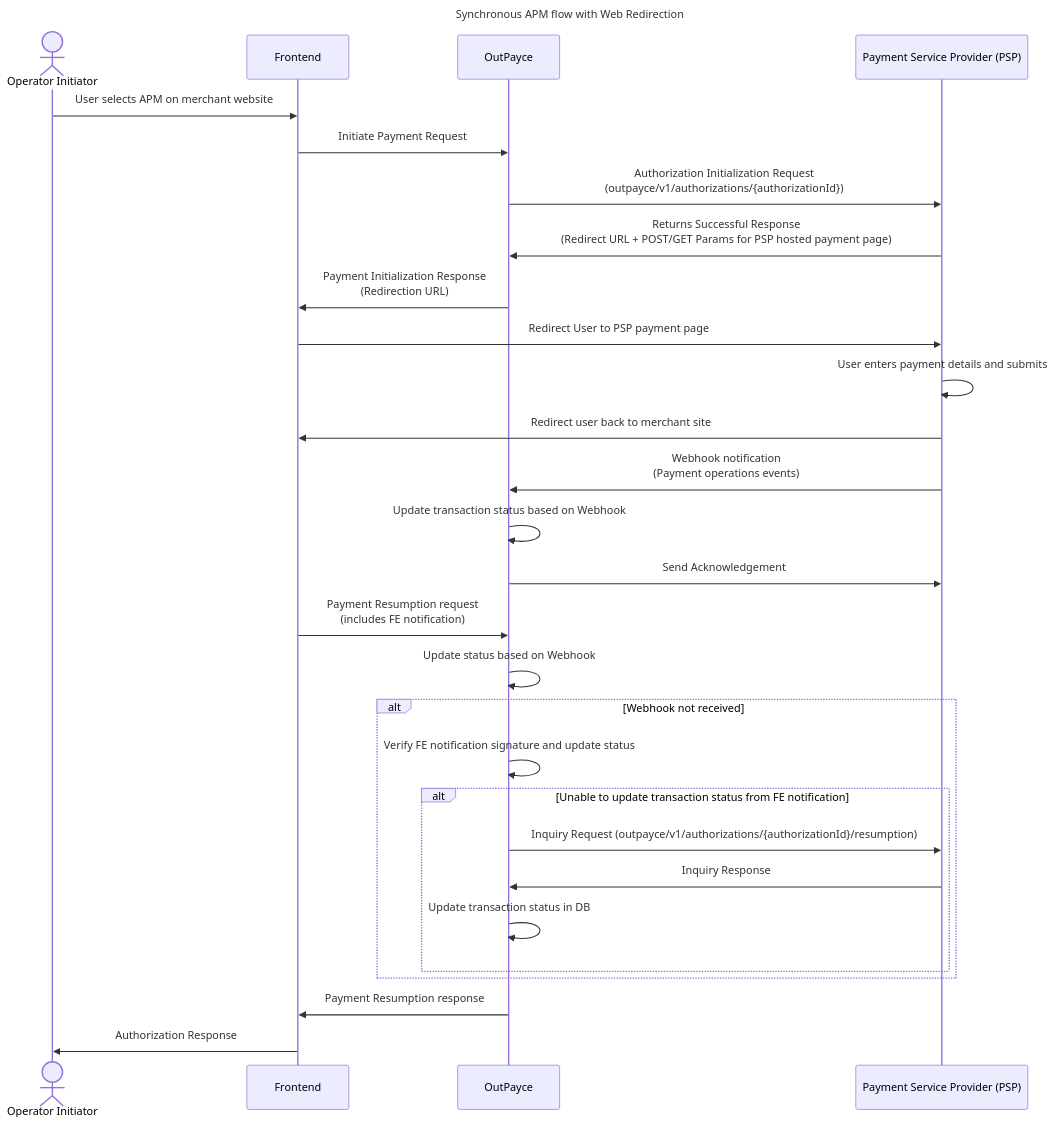
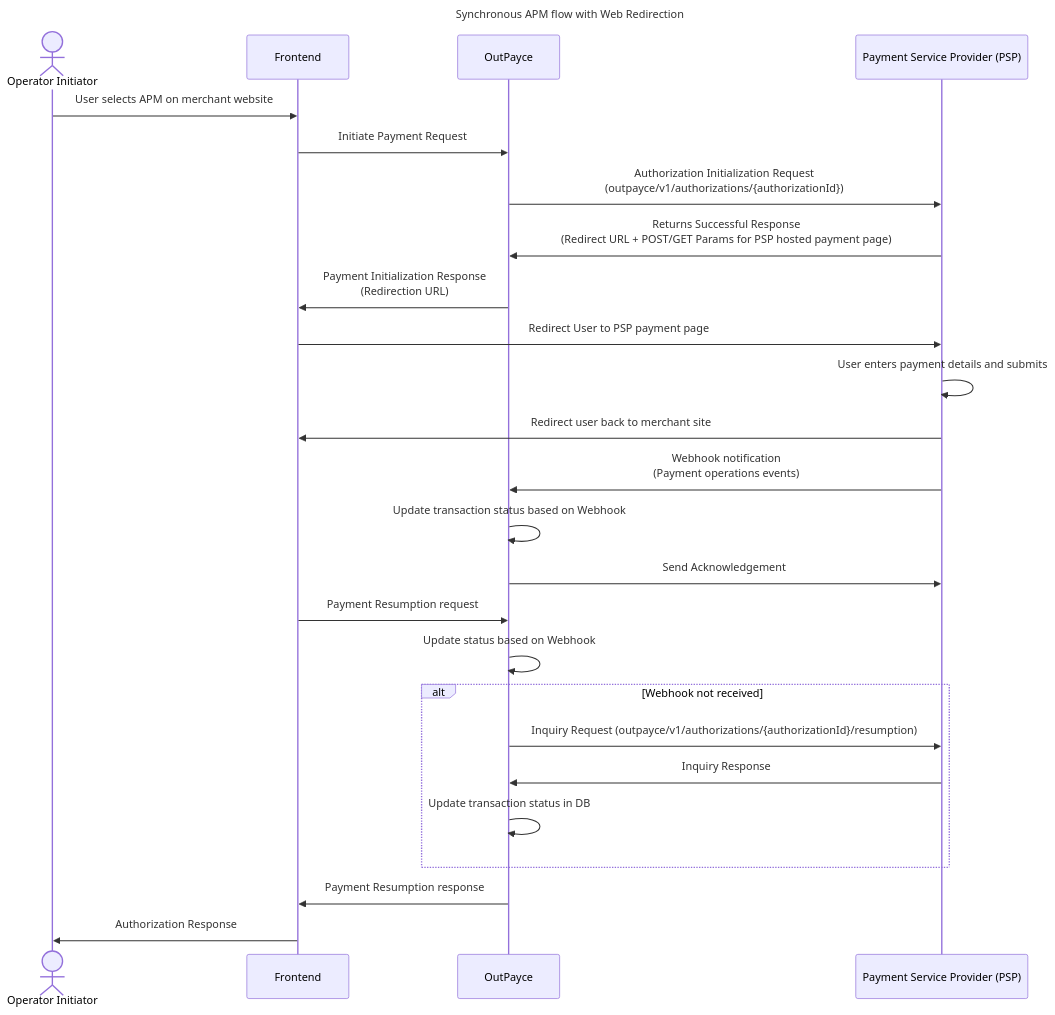
Before and after one commit to outpaycelab/outpayce-connect-api: the first of 6 diagrams in specification-swagger/user-guide-Connect-api-APMs-acceptance.md, drawn with Mermaid. The commit also changed other lines of this file and 2 other files, not shown here.

````diff
--- a/specification-swagger/user-guide-Connect-api-APMs-acceptance.md
+++ b/specification-swagger/user-guide-Connect-api-APMs-acceptance.md
@@ -102,38 +102,36 @@
 ```mermaid
 sequenceDiagram
     Title: Synchronous APM flow with Web Redirection
 
     actor OI as Operator Initiator
     participant FE as Frontend
     participant APS as OutPayce
     participant PSP as Payment Service Provider (PSP)
     
     OI->> FE : User selects APM on merchant website
     FE ->> APS: Initiate Payment Request
     APS ->> PSP:Authorization Initialization Request <br>(outpayce/v1/authorizations/{authorizationId})
     PSP ->> APS: Returns Successful Response  <br/> (Redirect URL + POST/GET Params for PSP hosted payment page) 
     APS ->> FE: Payment Initialization Response <br/> (Redirection URL) 
     FE->>PSP: Redirect User to PSP payment page
     PSP->>PSP: User enters payment details and submits
     PSP->>FE: Redirect user back to merchant site 
     PSP->>APS: Webhook notification <br/> (Payment operations events)
     APS->>APS: Update transaction status based on Webhook
     APS->>PSP: Send Acknowledgement
-    FE->>APS: Payment Resumption request <br> (includes FE notification)
+    FE->>APS: Payment Resumption request
     APS->>APS: Update status based on Webhook
     
     alt Webhook not received
-        APS->>APS: Verify FE notification signature and update status
-        alt Unable to update transaction status from FE notification
-            APS->>PSP: Inquiry Request (outpayce/v1/authorizations/{authorizationId}/resumption)
-            PSP->>APS: Inquiry Response
-            APS->>APS: Update transaction status in DB
-        end 
+        
+    APS->>PSP: Inquiry Request (outpayce/v1/authorizations/{authorizationId}/resumption)
+    PSP->>APS: Inquiry Response
+    APS->>APS: Update transaction status in DB     
     end
     
     APS->>FE: Payment Resumption response  
     FE->>OI: Authorization Response
 
   %%{init:{'themeCSS':'.messageText:nth-of-type(3) {  font-size: 18px !important;};.messageText:nth-of-type(5) {  font-size: 18px !important;}'}}%%
 
 ```
````
